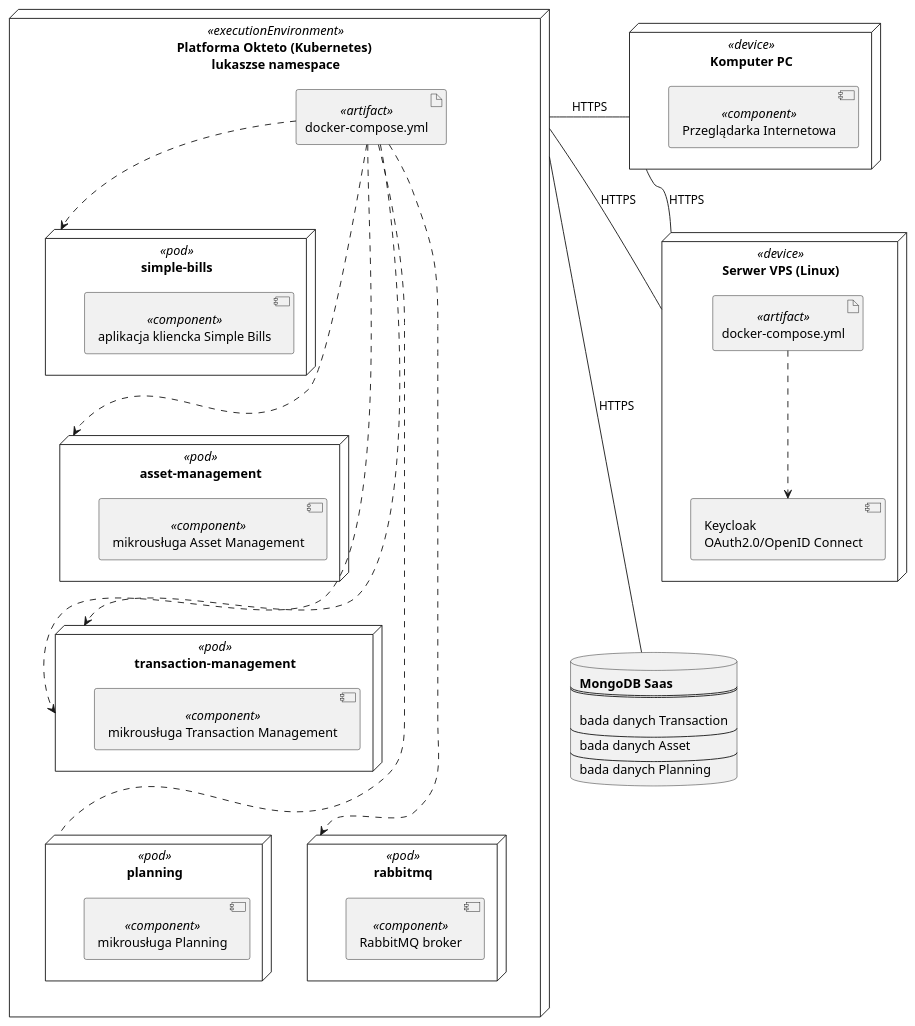
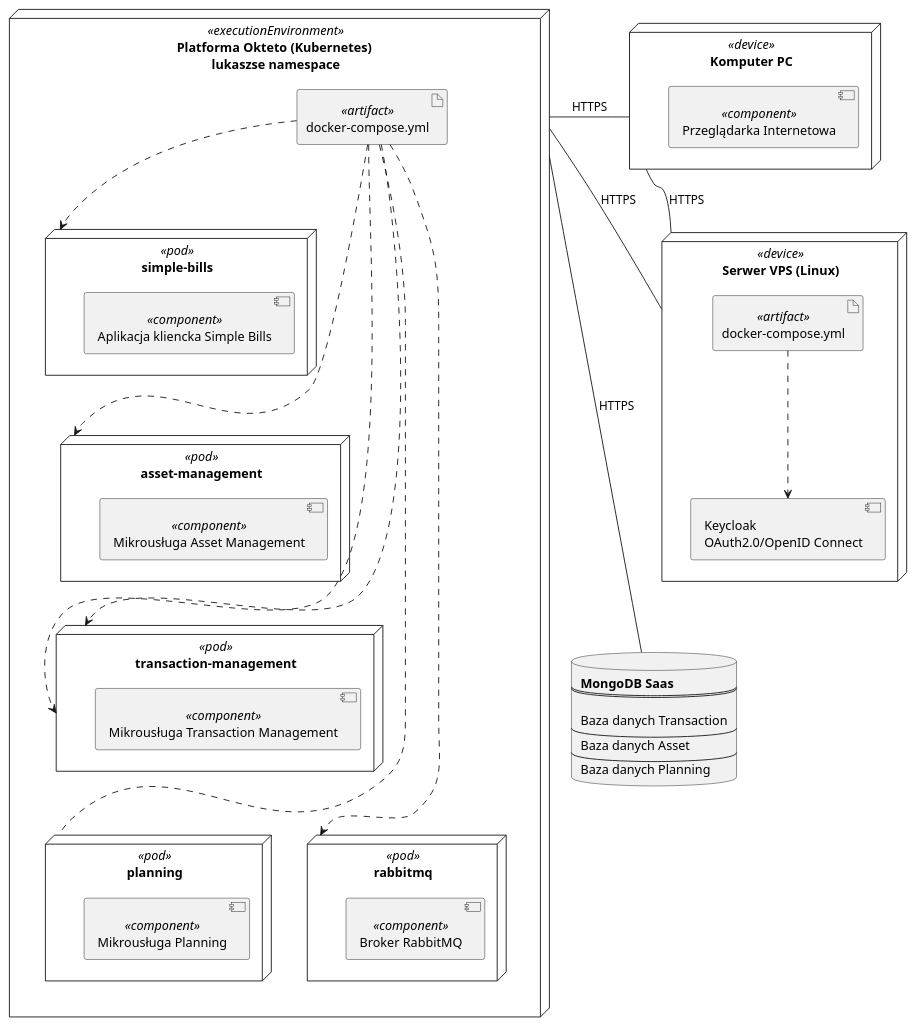
One commit to lukaszse/simple-bills changed the diagram in diagrams/deployment-diagram/simple-bills-deployment-diagram.puml. Above: the diagram before and after it, drawn with PlantUML.

Commit message:
update diagrams

```diff
--- a/diagrams/deployment-diagram/simple-bills-deployment-diagram.puml
+++ b/diagrams/deployment-diagram/simple-bills-deployment-diagram.puml
@@ -1,126 +1,64 @@
 @startuml
 'https://plantuml.com/deployment-diagram
 
 
 node "Serwer VPS (Linux)" <<device>> as linux {
     artifact "docker-compose.yml" <<artifact>> as dcompKeycloak
     component "Keycloak \nOAuth2.0/OpenID Connect" as keycloak
 }
 
 node "Komputer PC" <<device>> as pc {
     component "Przeglądarka Internetowa" <<component>>
 }
 
 node "Platforma Okteto (Kubernetes) \nlukaszse namespace" <<executionEnvironment>> as okteto {
 
     artifact "docker-compose.yml" <<artifact>> as dComp
 
     node "simple-bills" <<pod>> as gui {
-    component "aplikacja kliencka Simple Bills" <<component>>
+    component "Aplikacja kliencka Simple Bills" <<component>>
     }
 
     node "asset-management" <<pod>> as asset {
-    component "mikrousługa Asset Management" <<component>>
+    component "Mikrousługa Asset Management" <<component>>
     }
 
     node "transaction-management" <<pod>> as transaction {
-    component "mikrousługa Transaction Management" <<component>>
+    component "Mikrousługa Transaction Management" <<component>>
     }
 
     node "planning" <<pod>> as planning {
-    component "mikrousługa Planning" <<component>>
+    component "Mikrousługa Planning" <<component>>
     }
 
     node "rabbitmq" <<pod>> as rabbit {
-    component "RabbitMQ broker" <<component>>
+    component "Broker RabbitMQ" <<component>>
     }
 }
 
 
 database mongo [
 <b>MongoDB Saas
 ===
 
-bada danych Transaction
+Baza danych Transaction
 ----
-bada danych Asset
+Baza danych Asset
 ----
-bada danych Planning
+Baza danych Planning
 ]
 
 dComp ..> gui
 dComp ..... planning
 dComp ...> asset
 dComp ....> transaction
 dComp ...> transaction
 dComp .....> rabbit
 dcompKeycloak ..> keycloak
 pc -left- okteto : HTTPS
 linux -- okteto : HTTPS
 pc -- linux : HTTPS
 okteto ---- mongo : HTTPS
 
 
-
-'actor actor
-'actor/ "actor/"
-'agent agent
-'artifact artifact
-'boundary boundary
-'card card
-'circle circle
-'cloud cloud
-'collections collections
-'component component
-'control control
-'database database
-'entity entity
-'file file
-'folder folder
-'frame frame
-'interface interface
-'label label
-'node node
-'package package
-'queue queue
-'rectangle rectangle
-'stack stack
-'storage storage
-'usecase usecase
-'usecase/ "usecase/"
-
-
-'artifact artifact {
-'card card {
-'cloud cloud {
-'component component {
-'database database {
-'file file {
-'folder folder {
-'frame frame {
-'hexagon hexagon {
-'node node {
-'package package {
-'queue queue {
-'rectangle rectangle {
-'stack stack {
-'storage storage {
-'}
-'}
-'}
-'}
-'}
-'}
-'}
-'}
-'}
-'}
-'}
-'}
-'}
-'}
-'}
-
-
-
 @enduml
```
